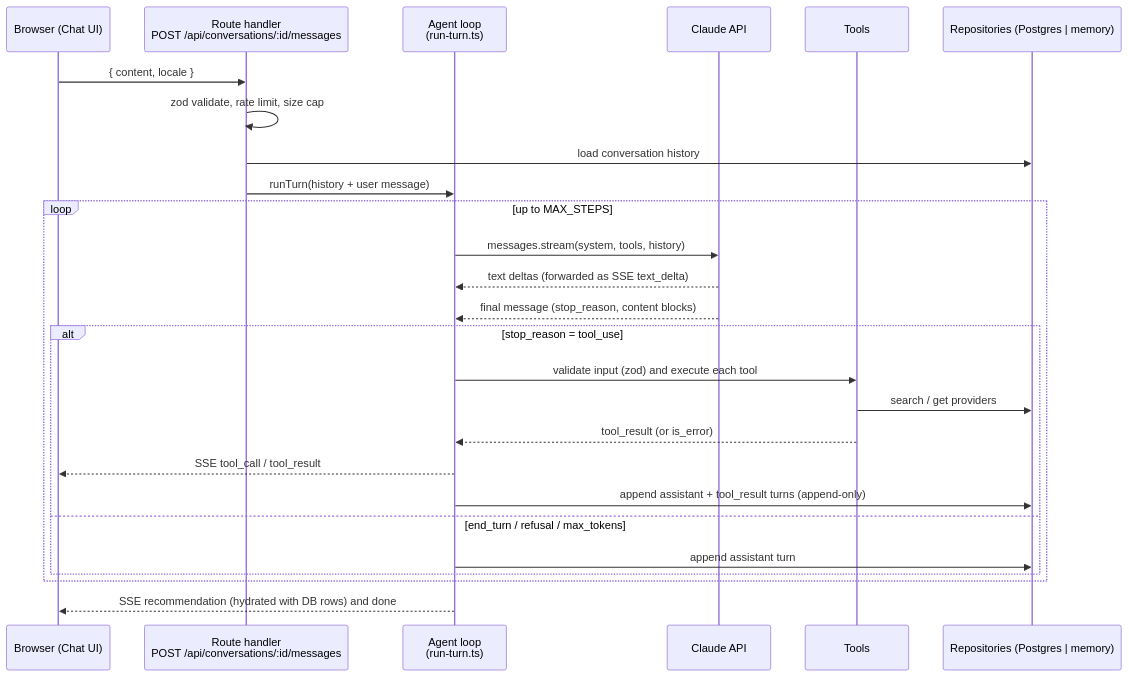
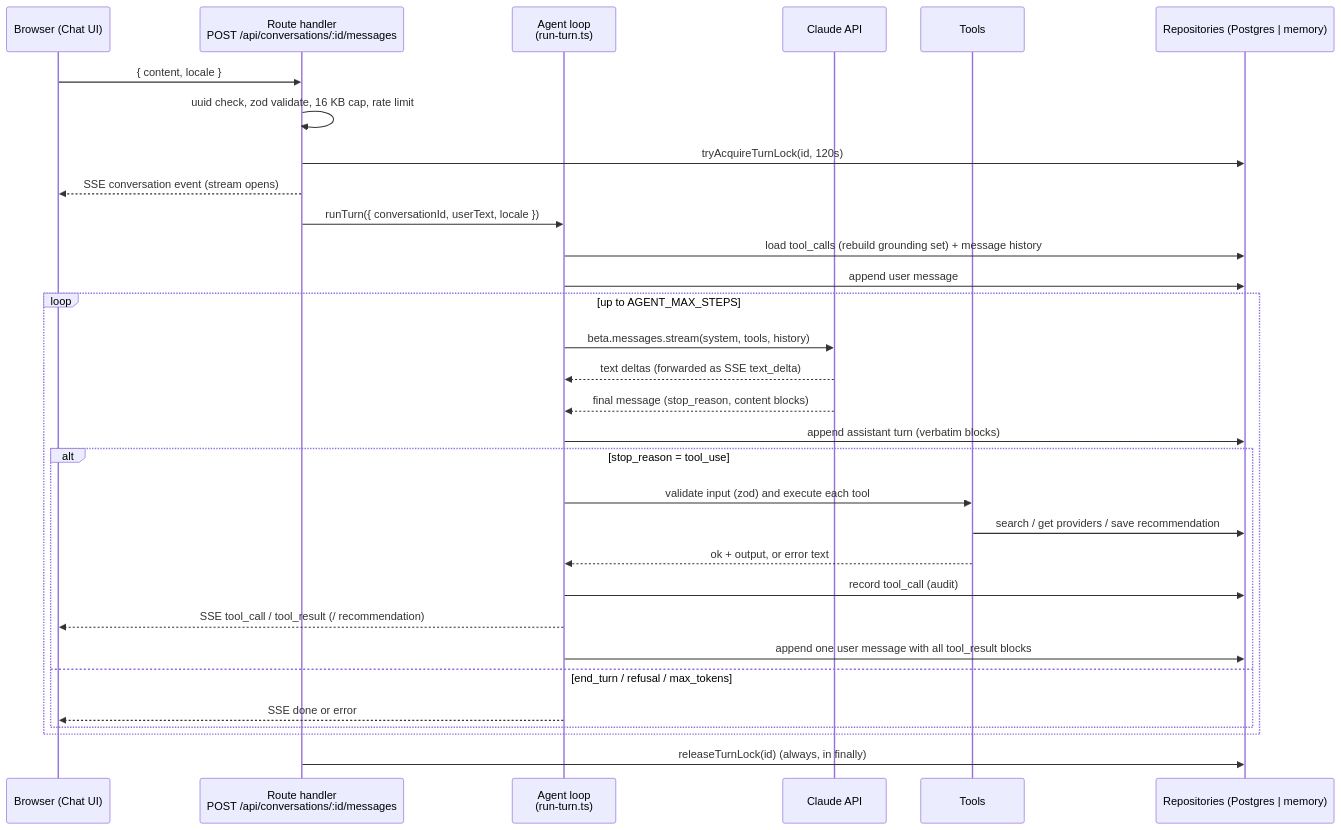
The diagram in docs/ARCHITECTURE.md (wajidalii/healtrip-ai-assistant), drawn with Mermaid before and after one commit. The commit also changed other lines of this file and 6 other files, not shown here.

````diff
--- a/docs/ARCHITECTURE.md
+++ b/docs/ARCHITECTURE.md
@@ -59,29 +80,34 @@
 ```mermaid
 sequenceDiagram
     participant U as Browser (Chat UI)
     participant R as Route handler<br/>POST /api/conversations/:id/messages
     participant A as Agent loop<br/>(run-turn.ts)
     participant C as Claude API
     participant T as Tools
     participant DB as Repositories (Postgres | memory)
 
     U->>R: { content, locale }
-    R->>R: zod validate, rate limit, size cap
-    R->>DB: load conversation history
-    R->>A: runTurn(history + user message)
-    loop up to MAX_STEPS
-        A->>C: messages.stream(system, tools, history)
+    R->>R: uuid check, zod validate, 16 KB cap, rate limit
+    R->>DB: tryAcquireTurnLock(id, 120s)
+    R-->>U: SSE conversation event (stream opens)
+    R->>A: runTurn({ conversationId, userText, locale })
+    A->>DB: load tool_calls (rebuild grounding set) + message history
+    A->>DB: append user message
+    loop up to AGENT_MAX_STEPS
+        A->>C: beta.messages.stream(system, tools, history)
         C-->>A: text deltas (forwarded as SSE text_delta)
         C-->>A: final message (stop_reason, content blocks)
+        A->>DB: append assistant turn (verbatim blocks)
         alt stop_reason = tool_use
             A->>T: validate input (zod) and execute each tool
-            T->>DB: search / get providers
-            T-->>A: tool_result (or is_error)
-            A-->>U: SSE tool_call / tool_result
-            A->>DB: append assistant + tool_result turns (append-only)
+            T->>DB: search / get providers / save recommendation
+            T-->>A: ok + output, or error text
+            A->>DB: record tool_call (audit)
+            A-->>U: SSE tool_call / tool_result (/ recommendation)
+            A->>DB: append one user message with all tool_result blocks
         else end_turn / refusal / max_tokens
-            A->>DB: append assistant turn
+            A-->>U: SSE done or error
         end
     end
-    A-->>U: SSE recommendation (hydrated with DB rows) and done
+    R->>DB: releaseTurnLock(id)  (always, in finally)
 ```
````
